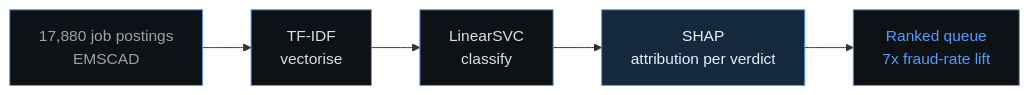
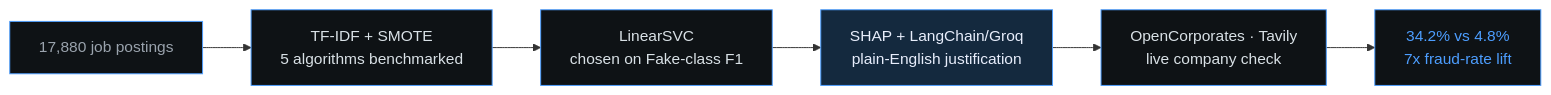
Before and after one commit to WnagarAryan/WnagarAryan: the first of 2 diagrams in README.md, drawn with Mermaid. The commit also changed other lines of this file and 2 other files, not shown here.

````diff
--- a/README.md
+++ b/README.md
@@ -198,13 +191,15 @@
 ```mermaid
 flowchart LR
-    A["17,880 job postings<br/>EMSCAD"] --> B["TF-IDF<br/>vectorise"]
-    B --> C["LinearSVC<br/>classify"]
-    C --> D["SHAP<br/>attribution per verdict"]
-    D --> E["Ranked queue<br/>7x fraud-rate lift"]
+    A["17,880 job postings"] --> B["TF-IDF + SMOTE<br/>5 algorithms benchmarked"]
+    B --> C["LinearSVC<br/>chosen on Fake-class F1"]
+    C --> D["SHAP + LangChain/Groq<br/>plain-English justification"]
+    D --> E["OpenCorporates · Tavily<br/>live company check"]
+    E --> F["34.2% vs 4.8%<br/>7x fraud-rate lift"]
 
     style A fill:#0e1215,color:#9aa3ad,stroke:#4d9eff
     style B fill:#0e1215,color:#d9e1e6,stroke:#4d9eff
     style C fill:#0e1215,color:#d9e1e6,stroke:#4d9eff
     style D fill:#14293E,color:#e8eefc,stroke:#4d9eff
-    style E fill:#0e1215,color:#4d9eff,stroke:#4d9eff
+    style E fill:#0e1215,color:#d9e1e6,stroke:#4d9eff
+    style F fill:#0e1215,color:#4d9eff,stroke:#4d9eff
 ```
````
